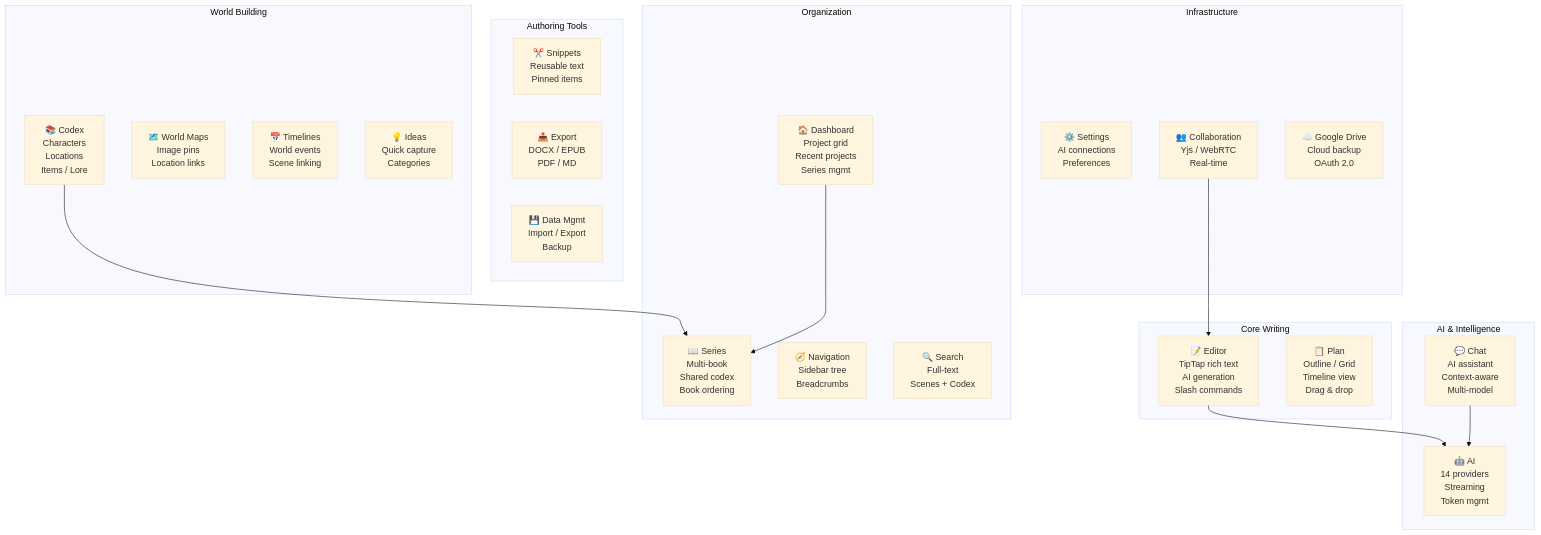
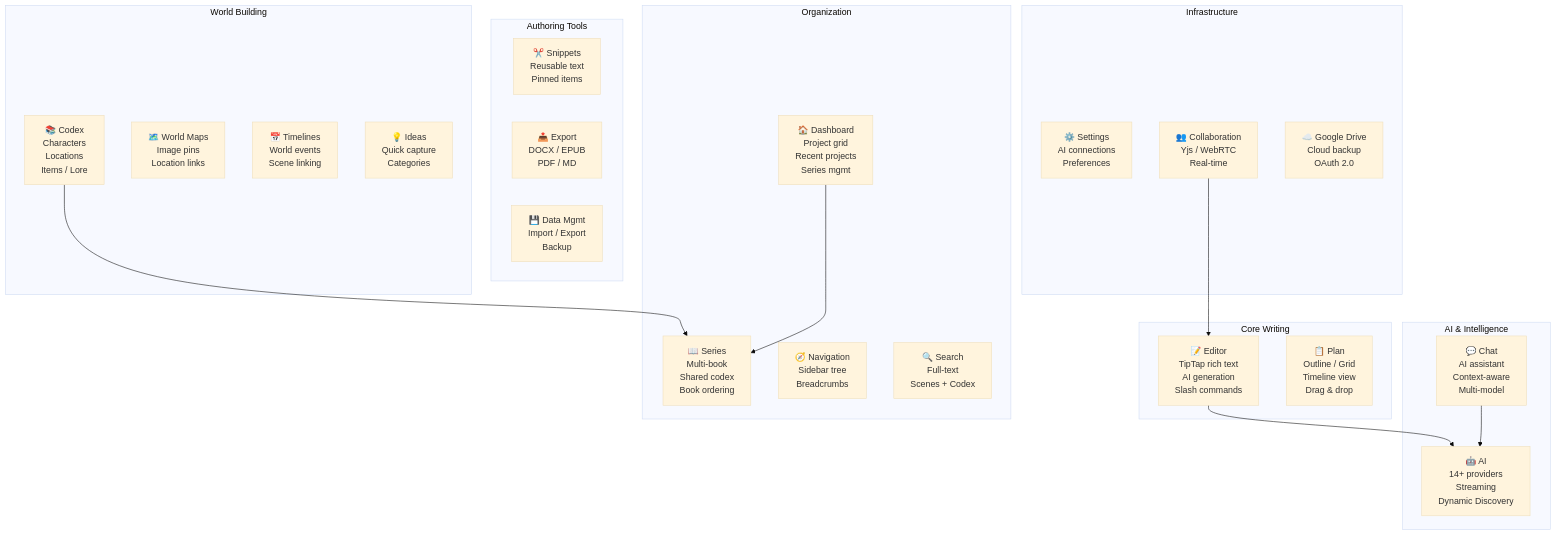
One commit to Sai-Roopesh/becomeAnAuthor changed the first of 6 diagrams in docs/hld.md. Above: the diagram before and after it, drawn with Mermaid (base theme). The commit also changed other lines of this file and 3 other files, not shown here.

````diff
--- a/docs/hld.md
+++ b/docs/hld.md
@@ -186,44 +186,44 @@
 ```mermaid
 graph TB
     subgraph "Core Writing"
         EDITOR["📝 Editor<br/>TipTap rich text<br/>AI generation<br/>Slash commands"]
         PLAN["📋 Plan<br/>Outline / Grid<br/>Timeline view<br/>Drag & drop"]
     end
 
     subgraph "AI & Intelligence"
         CHAT["💬 Chat<br/>AI assistant<br/>Context-aware<br/>Multi-model"]
-        AI["🤖 AI<br/>14 providers<br/>Streaming<br/>Token mgmt"]
+        AI["🤖 AI<br/>14+ providers<br/>Streaming<br/>Dynamic Discovery"]
     end
 
     subgraph "World Building"
         CODEX["📚 Codex<br/>Characters<br/>Locations<br/>Items / Lore"]
         WMAP["🗺️ World Maps<br/>Image pins<br/>Location links"]
         WTIMELINE["📅 Timelines<br/>World events<br/>Scene linking"]
         IDEAS["💡 Ideas<br/>Quick capture<br/>Categories"]
     end
 
     subgraph "Organization"
         DASH["🏠 Dashboard<br/>Project grid<br/>Recent projects<br/>Series mgmt"]
         SERIES["📖 Series<br/>Multi-book<br/>Shared codex<br/>Book ordering"]
         NAV["🧭 Navigation<br/>Sidebar tree<br/>Breadcrumbs"]
         SEARCH["🔍 Search<br/>Full-text<br/>Scenes + Codex"]
     end
 
     subgraph "Authoring Tools"
         SNIPPETS["✂️ Snippets<br/>Reusable text<br/>Pinned items"]
         EXPORT["📤 Export<br/>DOCX / EPUB<br/>PDF / MD"]
         DATAMGMT["💾 Data Mgmt<br/>Import / Export<br/>Backup"]
     end
 
     subgraph "Infrastructure"
         SETTINGS["⚙️ Settings<br/>AI connections<br/>Preferences"]
         COLLAB["👥 Collaboration<br/>Yjs / WebRTC<br/>Real-time"]
         GDRIVE["☁️ Google Drive<br/>Cloud backup<br/>OAuth 2.0"]
     end
 
     EDITOR --> AI
     CHAT --> AI
     CODEX --> SERIES
     DASH --> SERIES
     COLLAB --> EDITOR
 ```
````
